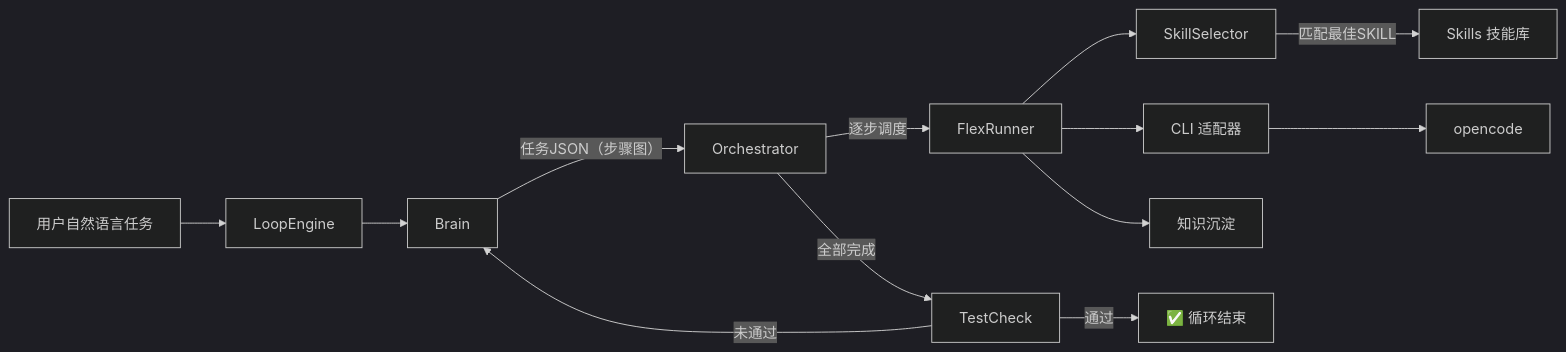
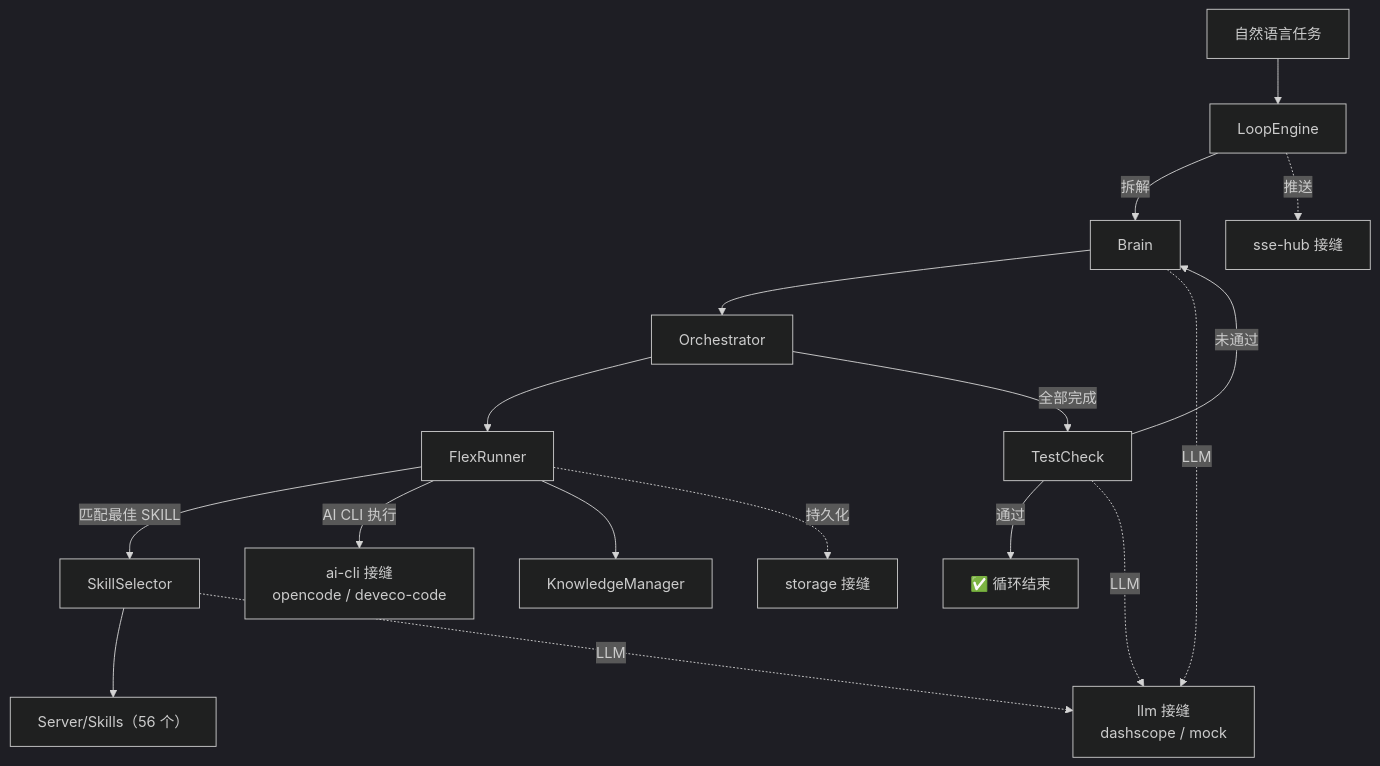
The diagram in README.md (summer-hub/3rdLibraryLoop), drawn with Mermaid (dark theme) before and after one commit. The commit also changed other lines of this file and 1 other file, not shown here.

First line of the commit message:
docs(readme): 按本分支实际重写 README（插件架构 / Server 门面定位 / 双包发布 / 测试门禁）

````diff
--- a/README.md
+++ b/README.md
@@ -84,15 +173,19 @@
 ```mermaid
-flowchart LR
-    User["用户自然语言任务"] --> LoopEngine
-    LoopEngine --> Brain
-    Brain -->|"任务JSON（步骤图）"| Orchestrator
-    Orchestrator -->|"逐步调度"| FlexRunner
-    FlexRunner --> SkillSelector
-    SkillSelector -->|"匹配最佳SKILL"| Skills["Skills 技能库"]
-    FlexRunner --> CLI["CLI 适配器"]
-    CLI --> opencode["opencode"]
-    Orchestrator -->|"全部完成"| TestCheck
-    TestCheck -->|"通过"| Done["✅ 循环结束"]
-    TestCheck -->|"未通过"| Brain
-    FlexRunner --> Knowledge["知识沉淀"]
+flowchart TD
+    User["自然语言任务"] --> LoopEngine
+    LoopEngine -->|拆解| Brain
+    Brain --> Orchestrator
+    Orchestrator --> FlexRunner
+    FlexRunner -->|"匹配最佳 SKILL"| SkillSelector
+    SkillSelector --> Skills["Server/Skills（56 个）"]
+    FlexRunner -->|"AI CLI 执行"| CliAdapter["ai-cli 接缝<br/>opencode / deveco-code"]
+    Orchestrator -->|全部完成| TestCheck
+    TestCheck -->|通过| Done["✅ 循环结束"]
+    TestCheck -->|未通过| Brain
+    FlexRunner --> Knowledge["KnowledgeManager"]
+    Brain -.->|LLM| LLM["llm 接缝<br/>dashscope / mock"]
+    TestCheck -.->|LLM| LLM
+    SkillSelector -.->|LLM| LLM
+    FlexRunner -.->|持久化| Storage["storage 接缝"]
+    LoopEngine -.->|推送| SSE["sse-hub 接缝"]
 ```
````
